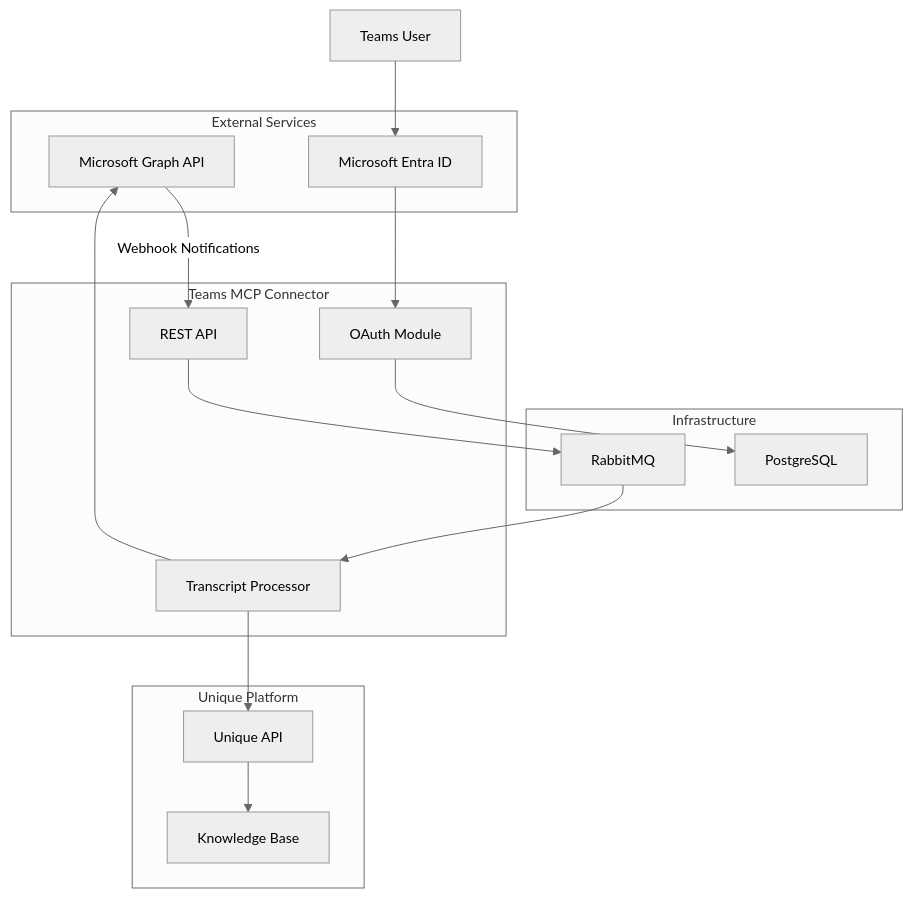
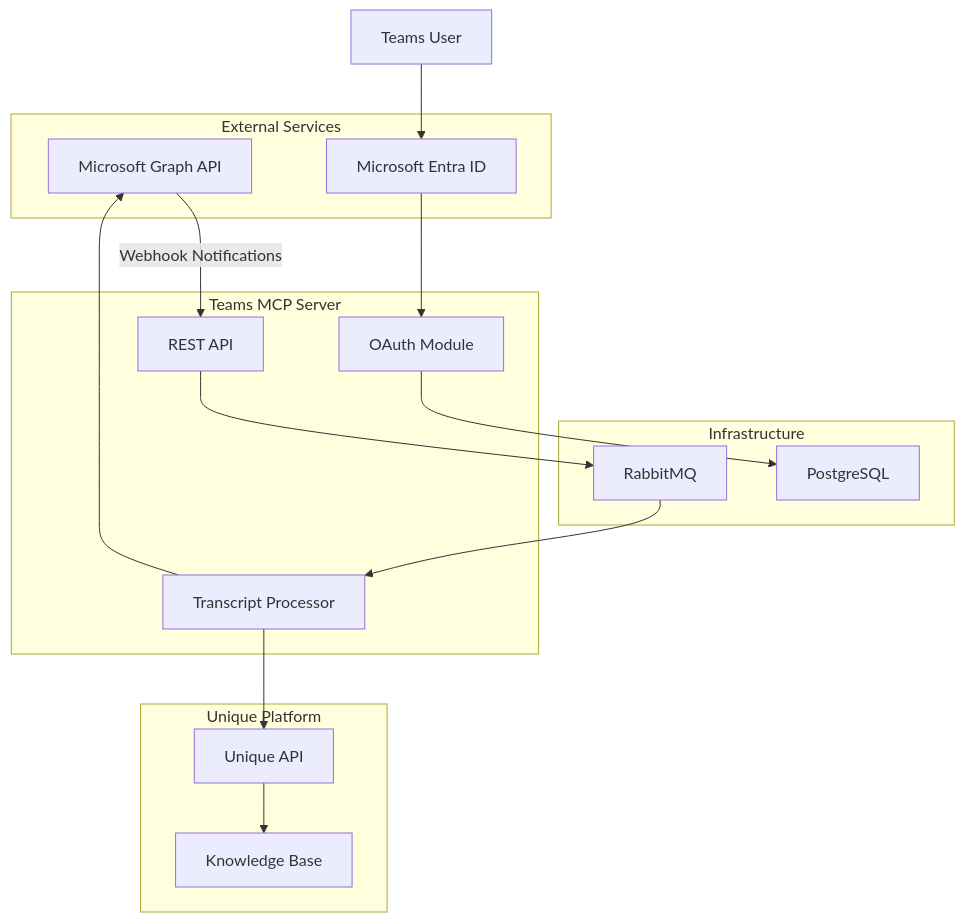
The first of 4 diagrams in services/teams-mcp/docs/index.md (Unique-AG/connectors), drawn with Mermaid before and after one commit. The commit also changed other lines of this file and 4 other files, not shown here.

````diff
--- a/services/teams-mcp/docs/index.md
+++ b/services/teams-mcp/docs/index.md
@@ -126,36 +130,35 @@
 ```mermaid
-%%{init: {'theme': 'neutral', 'themeVariables': { 'fontSize': '14px' }}}%%
 flowchart TB
     subgraph External["External Services"]
         MSGraph["Microsoft Graph API"]
         EntraID["Microsoft Entra ID"]
     end
 
-    subgraph TeamsMCP["Teams MCP Connector"]
+    subgraph TeamsMCP["Teams MCP Server"]
         API["REST API"]
         OAuth["OAuth Module"]
         Processor["Transcript Processor"]
     end
 
     subgraph Infrastructure["Infrastructure"]
         RabbitMQ["RabbitMQ"]
         PostgreSQL["PostgreSQL"]
     end
 
     subgraph Unique["Unique Platform"]
         UniqueAPI["Unique API"]
         Storage["Knowledge Base"]
     end
 
     User["Teams User"] --> EntraID
     EntraID --> OAuth
     OAuth --> PostgreSQL
 
     MSGraph -->|"Webhook Notifications"| API
     API --> RabbitMQ
     RabbitMQ --> Processor
 
     Processor --> MSGraph
     Processor --> UniqueAPI
     UniqueAPI --> Storage
 ```
````
